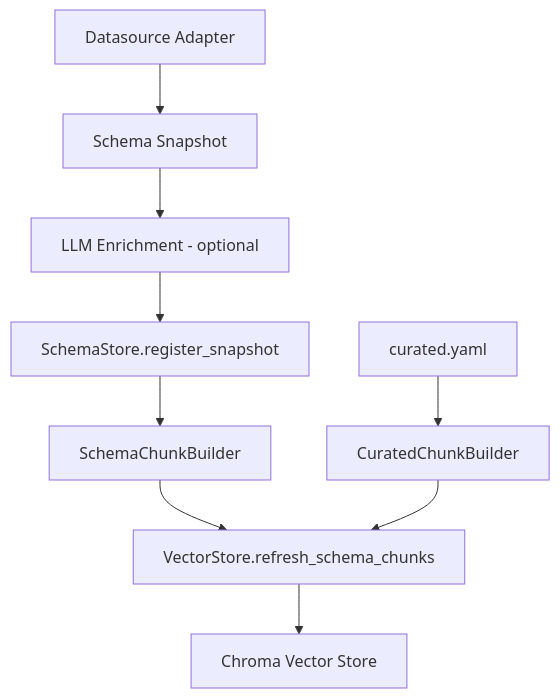
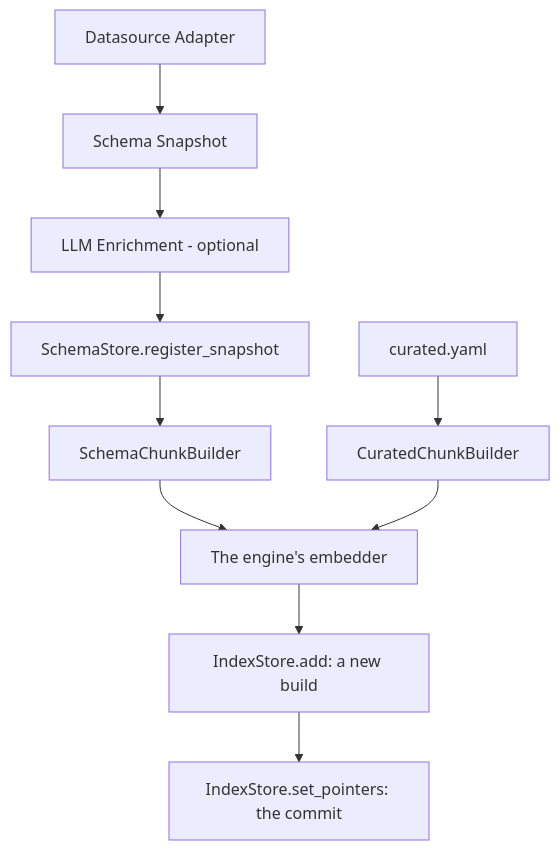
One commit to nadeem4/nl2sql changed the first of 3 diagrams in docs/architecture/indexing.md. Above: the diagram before and after it, drawn with Mermaid. The commit also changed other lines of this file and 107 other files, not shown here.

First line of the commit message:
feat(storage): index store, namespaces per model and the build pointer as the commit (phase 2, S2) (#289)

````diff
--- a/docs/architecture/indexing.md
+++ b/docs/architecture/indexing.md
@@ -7,11 +7,12 @@
 ```mermaid
 flowchart TD
     Adapter[Datasource Adapter] --> Snapshot[Schema Snapshot]
     Snapshot --> Enrich[LLM Enrichment - optional]
     Enrich --> Register[SchemaStore.register_snapshot]
     Register --> Chunker[SchemaChunkBuilder]
     Curated[curated.yaml] --> CChunker[CuratedChunkBuilder]
-    Chunker --> Refresh[VectorStore.refresh_schema_chunks]
-    CChunker --> Refresh
-    Refresh --> Store[Chroma Vector Store]
+    Chunker --> Embed[The engine's embedder]
+    CChunker --> Embed
+    Embed --> Add[IndexStore.add: a new build]
+    Add --> Switch[IndexStore.set_pointers: the commit]
 ```
````
